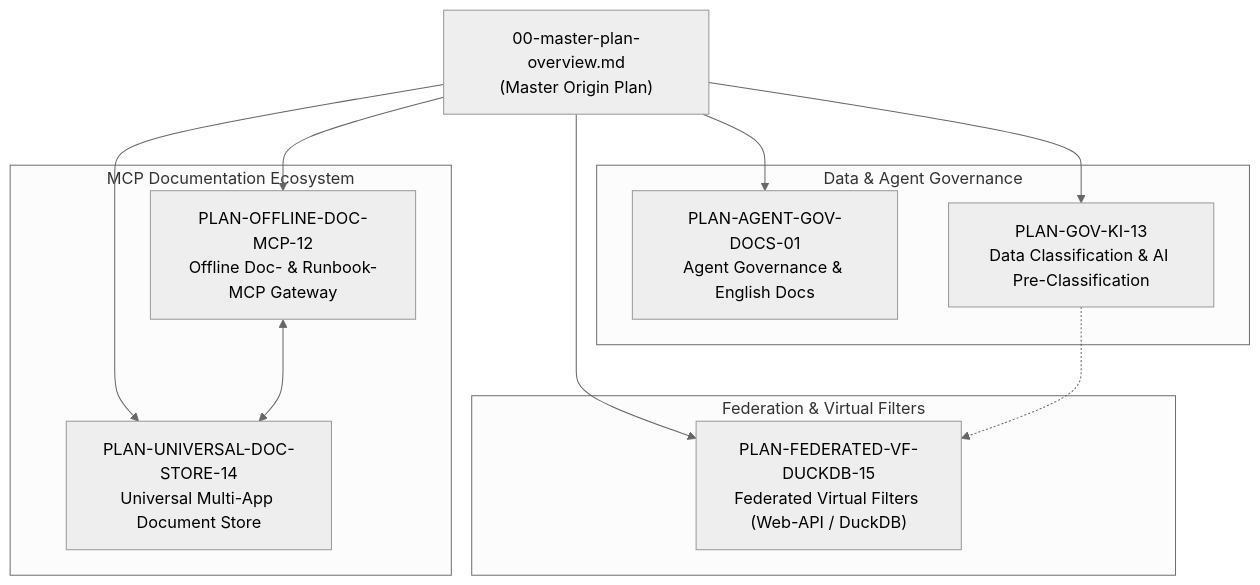
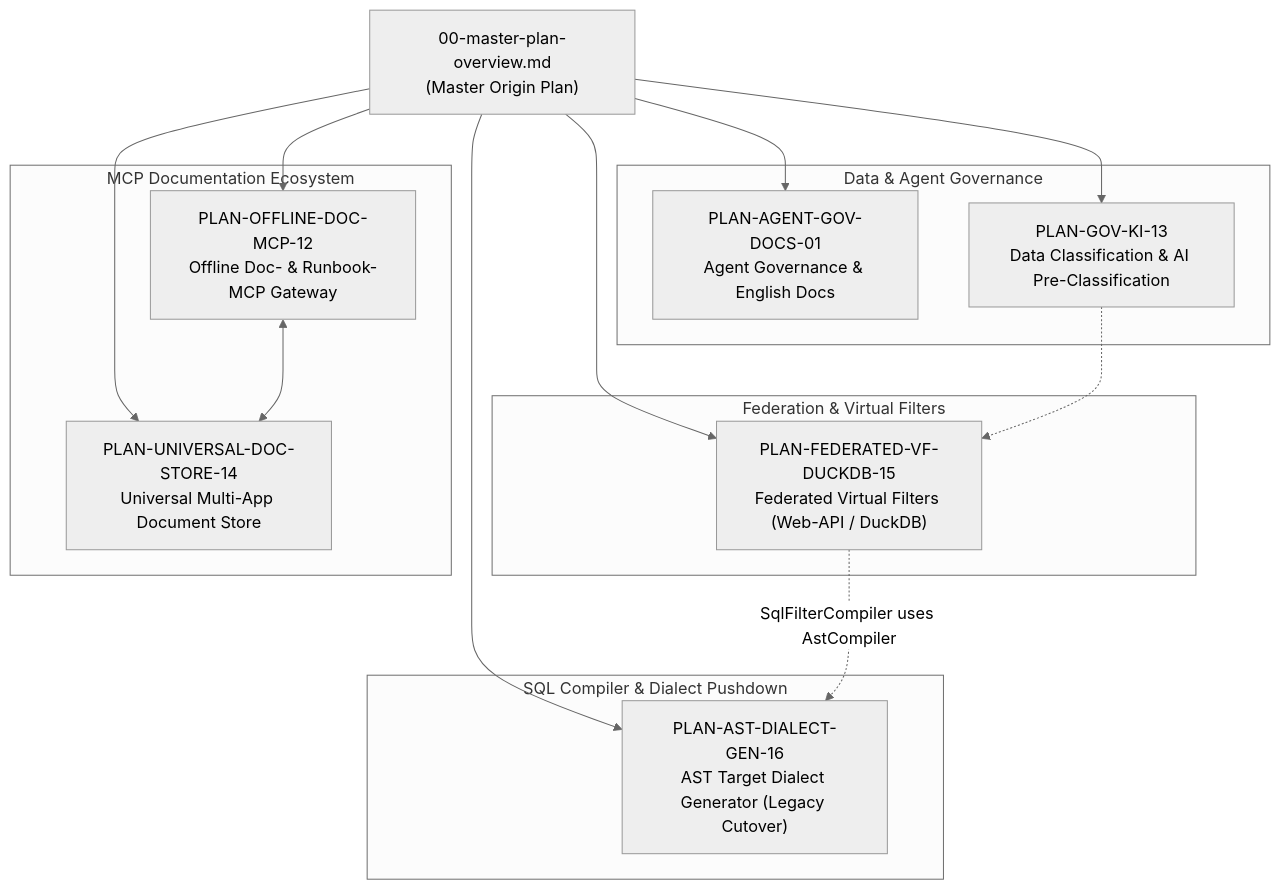
One commit to themulle/autheris changed the diagram in docs/plans/00-master-plan-overview.md. Above: the diagram before and after it, drawn with Mermaid (neutral theme). The commit also changed other lines of this file and 1 other file, not shown here.

Commit message:
docs(plans): add Phase 1 PRD for AST target dialect generator cutover (PLAN-AST-DIALECT-GEN-16)
Qualify the AST dialect generator track against the as-built code, reject
big-bang cutover and "proof" claims, define per-dialect increments with real
shadow comparison and a kill switch, and register the track in the master plan.

````diff
--- a/docs/plans/00-master-plan-overview.md
+++ b/docs/plans/00-master-plan-overview.md
@@ -37,27 +38,33 @@
 ```mermaid
 flowchart TD
     MP["00-master-plan-overview.md<br/>(Master Origin Plan)"]
     
     subgraph Governance ["Data & Agent Governance"]
         AG["PLAN-AGENT-GOV-DOCS-01<br/>Agent Governance & English Docs"]
         DK["PLAN-GOV-KI-13<br/>Data Classification & AI Pre-Classification"]
     end
     
     subgraph ExecutionEngine ["Federation & Virtual Filters"]
         VF["PLAN-FEDERATED-VF-DUCKDB-15<br/>Federated Virtual Filters (Web-API / DuckDB)"]
     end
     
     subgraph DocMCP ["MCP Documentation Ecosystem"]
         DM["PLAN-OFFLINE-DOC-MCP-12<br/>Offline Doc- & Runbook-MCP Gateway"]
         UDS["PLAN-UNIVERSAL-DOC-STORE-14<br/>Universal Multi-App Document Store"]
     end
 
+    subgraph SqlCompiler ["SQL Compiler & Dialect Pushdown"]
+        ADG["PLAN-AST-DIALECT-GEN-16<br/>AST Target Dialect Generator (Legacy Cutover)"]
+    end
+
     MP --> AG
     MP --> DK
     MP --> VF
     MP --> DM
     MP --> UDS
 
     DM <--> UDS
     DK -.-> VF
+    MP --> ADG
+    VF -.->|"SqlFilterCompiler uses AstCompiler"| ADG
 ```
````
